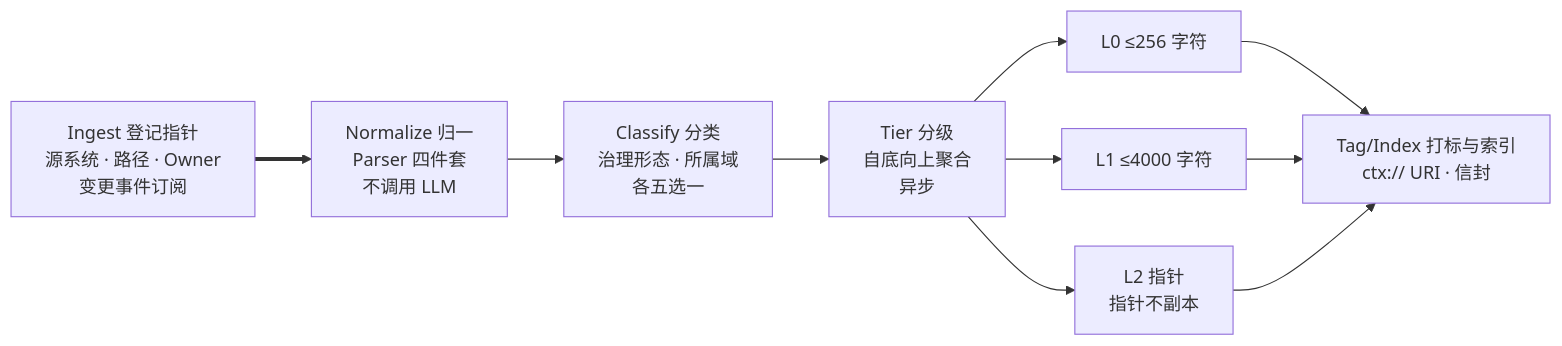
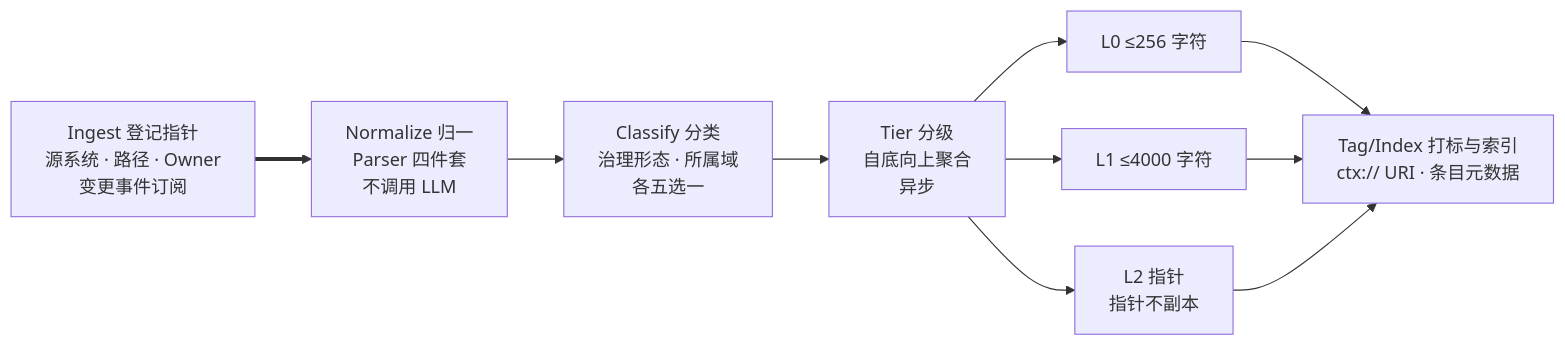
One commit to ThreeFish-AI/negentropy changed the diagram in docs/assets/mermaid/cognitive-context/context-layer--ingest-pipeline.mmd. Above: the diagram before and after it, drawn with Mermaid. The commit also changed 69 other files, not shown here.

First line of the commit message:
docs(cognitive-context): 013 八张配图随字重渲（candidate 改字，finalize 四门全过，双主题 PNG 重采）;

```diff
--- a/docs/assets/mermaid/cognitive-context/context-layer--ingest-pipeline.mmd
+++ b/docs/assets/mermaid/cognitive-context/context-layer--ingest-pipeline.mmd
@@ -1,14 +1,14 @@
-%%source: docs/research/cognitive-context/013-context-layer-blueprint.md §4 资产轴章首（Context Engine 纳管管线目标态总览；机制锚 §4.2 治理字段 / §4.5 ADR-1 / §9.2 L1–L2）＋ docs/research/cognitive-context/014-openviking.md §2/§4 编目相（Parser 无 LLM、256/4000 实值、自底向上）＋ docs/research/agent-infra/230-customer-domain-long-memory-2027-planning.md §四 G2/§八 L0/L1/L2
+%%source: docs/research/cognitive-context/013-context-layer-blueprint.md §4 资产轴章首（Context Engine 纳管管线目标态总览；机制出处 §4.2 治理字段 / §4.5 ADR-1 / §9.2 L1–L2）＋ docs/research/cognitive-context/014-openviking.md §2/§4 编目相（Parser 无 LLM、256/4000 实值、自底向上）＋ docs/research/agent-infra/230-customer-domain-long-memory-2027-planning.md §四 G2/§八 L0/L1/L2
 %%slug: cognitive-context/context-layer--ingest-pipeline
 %%type: workflow
-%%derived: archify workflow v2, authored fresh（新图：Ingest 登记指针 → Normalize 归一四件套·不调用 LLM → Classify 治理形态/所属域各五选一+效力/可见性/作用域 → Tier 异步分级 L0≤256/L1≤4000/L2 指针·自底向上聚合 → Tag/Index 信封+L0/L1 向量化+ctx:// URI；治理形态/所属域/效力与作用域（治理字段）/Parser 四件套（章节路径·内容模块·多模态元素·摘要梯）/信封/复核周期/ctx:// 为 Context Engine 设计新词）
+%%derived: archify workflow v2, authored fresh（新图：Ingest 登记指针 → Normalize 归一四件套·不调用 LLM → Classify 治理形态/所属域各五选一+效力/可见性/作用域 → Tier 异步分级 L0≤256/L1≤4000/L2 指针·自底向上聚合 → Tag/Index 条目元数据+L0/L1 向量化+ctx:// URI；治理形态/所属域/效力与作用域（治理字段）/Parser 四件套（章节路径·内容模块·多模态元素·分级摘要）/条目元数据/复核周期/ctx:// 为 Context Engine 设计新词）
 flowchart LR
     ING["Ingest 登记指针<br/>源系统 · 路径 · Owner<br/>变更事件订阅"] ==> NRM["Normalize 归一<br/>Parser 四件套<br/>不调用 LLM"]
     NRM --> CLS["Classify 分类<br/>治理形态 · 所属域<br/>各五选一"]
     CLS --> TIER["Tier 分级<br/>自底向上聚合<br/>异步"]
     TIER --> L0["L0 ≤256 字符"]
     TIER --> L1["L1 ≤4000 字符"]
     TIER --> L2["L2 指针<br/>指针不副本"]
-    L0 --> TAG["Tag/Index 打标与索引<br/>ctx:// URI · 信封"]
+    L0 --> TAG["Tag/Index 打标与索引<br/>ctx:// URI · 条目元数据"]
     L1 --> TAG
     L2 --> TAG
```
